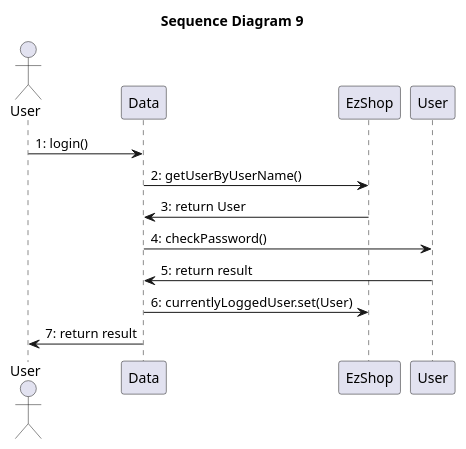
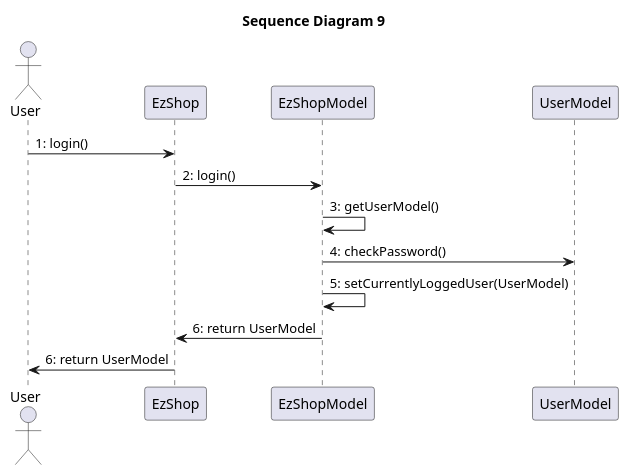
Before and after one commit to paolotron/EzshoProject31: diagram 11 of 15 in Deliverables/DesignDocument.md, drawn with PlantUML. The commit also changed other lines of this file, not shown here.

````diff
--- a/Deliverables/DesignDocument.md
+++ b/Deliverables/DesignDocument.md
@@ -561,17 +559,17 @@
 ``` plantuml
 @startuml
 title "Sequence Diagram 9"
 actor User as U1
-participant Data
 participant EzShop
-participant User as U2
+participant EzShopModel
+participant UserModel as U2
 
-U1->Data: 1: login()
-Data->EzShop: 2: getUserByUserName()
-EzShop -> Data : 3: return User
-Data -> U2 : 4: checkPassword()
-U2 -> Data : 5: return result
-Data->EzShop: 6: currentlyLoggedUser.set(User)
-Data -> U1 : 7: return result
+U1->EzShop: 1: login()
+EzShop->EzShopModel: 2: login()
+EzShopModel -> EzShopModel : 3: getUserModel()
+EzShopModel -> U2 : 4: checkPassword()
+EzShopModel->EzShopModel: 5: setCurrentlyLoggedUser(UserModel)
+EzShopModel -> EzShop : 6: return UserModel
+EzShop -> U1 : 6: return UserModel
 @enduml
 ```
````
